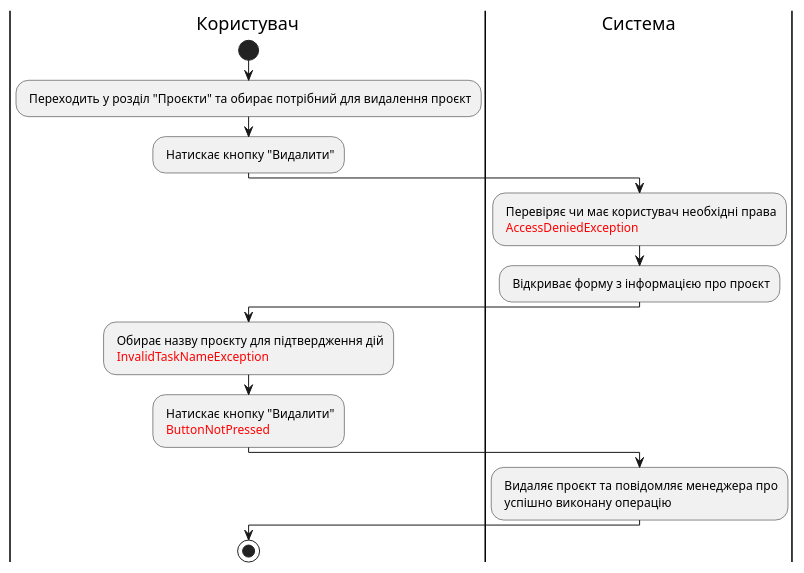
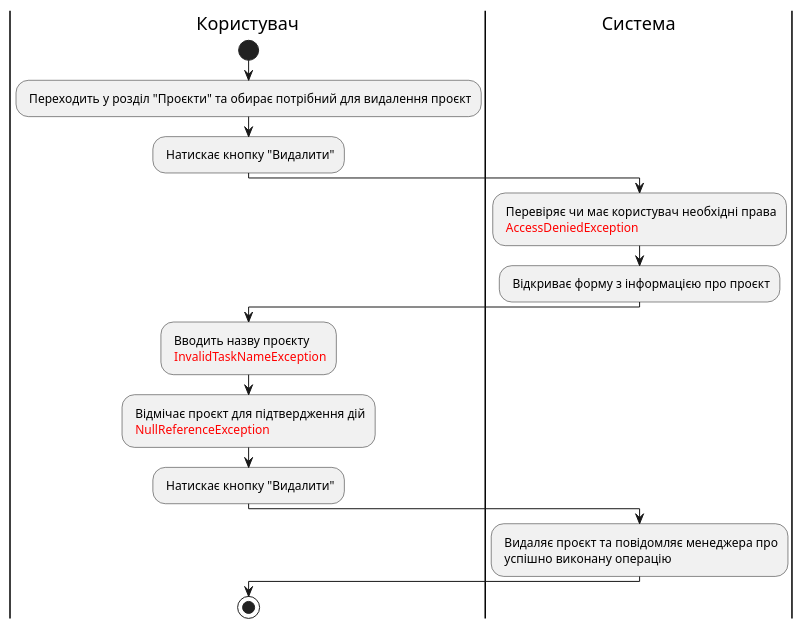
Diagram 15 of 20 in docs/use cases/README.md (makssvelichko/edu_db_labs), drawn with PlantUML before and after one commit. The commit also changed other lines of this file, not shown here.

Commit message:
Cahnged UML and use cases

```diff
--- a/docs/use cases/README.md
+++ b/docs/use cases/README.md
@@ -504,23 +503,24 @@
 @startuml
 
     |Користувач|
     start;
         : Переходить у розділ "Проєкти" та обирає потрібний для видалення проєкт;
         : Натискає кнопку "Видалити";
      |Система|
         : Перевіряє чи має користувач необхідні права
          <font color="red">AccessDeniedException</font>;
         : Відкриває форму з інформацією про проєкт;    
     |Користувач|
-        : Обирає назву проєкту для підтвердження дій
+        : Вводить назву проєкту
          <font color="red">InvalidTaskNameException</font>;
+        : Відмічає проєкт для підтвердження дій
+         <font color="red">NullReferenceException</font>;
     |Користувач|
-        : Натискає кнопку "Видалити"
-         <font color="red">ButtonNotPressed</font>;
+        : Натискає кнопку "Видалити";
     |Система|
         : Видаляє проєкт та повідомляє менеджера про
          успішно виконану операцію;
     |Користувач|
     stop;
 
 @enduml
```
